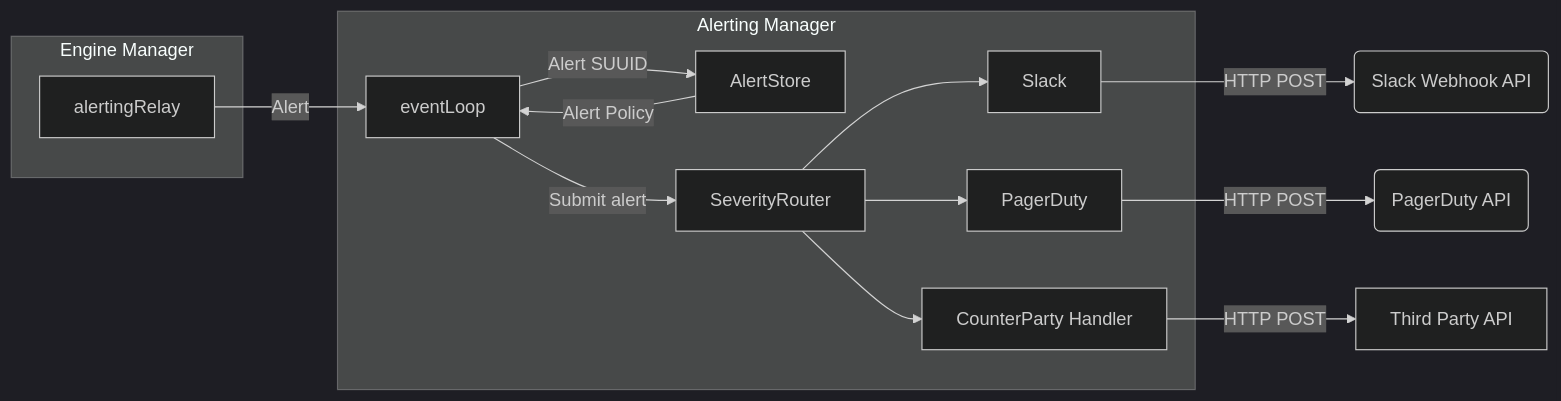
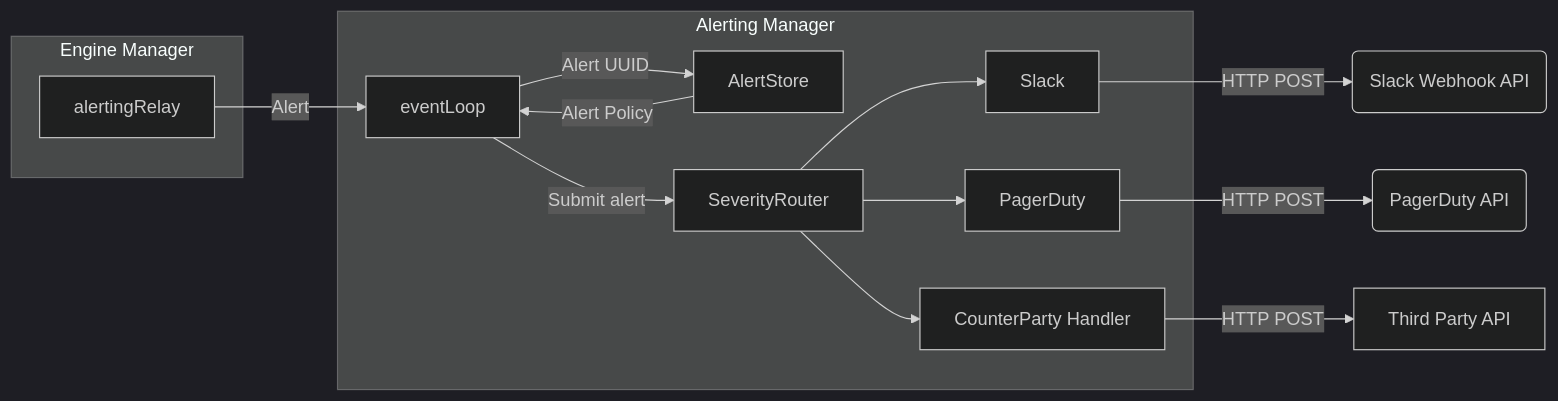
One commit to base-org/pessimism changed the diagram in docs/architecture/alerting.markdown. Above: the diagram before and after it, drawn with Mermaid (dark theme). The commit also changed other lines of this file and 146 other files, not shown here.

```diff
--- a/docs/architecture/alerting.markdown
+++ b/docs/architecture/alerting.markdown
@@ -18,22 +18,22 @@
 <div class="mermaid">
 graph LR
 
 subgraph EM["Engine Manager"]
     alertingRelay
 end
 
 subgraph AM["Alerting Manager"]
     alertingRelay --> |Alert|EL
-    EL[eventLoop] --> |Alert SUUID|AS["AlertStore"]
+    EL[eventLoop] --> |Alert UUID|AS["AlertStore"]
     AS --> |Alert Policy|EL
     EL --> |Submit alert|SR["SeverityRouter"]
     SR --> SH["Slack"]
     SR --> PH["PagerDuty"]
     SR --> CPH["CounterParty Handler"]
 
 end
 CPH --> |"HTTP POST"|TPH["Third Party API"]
 SH --> |"HTTP POST"|SlackAPI("Slack Webhook API")
 PH --> |"HTTP POST"|PagerDutyAPI("PagerDuty API")
 
 </div>
```
